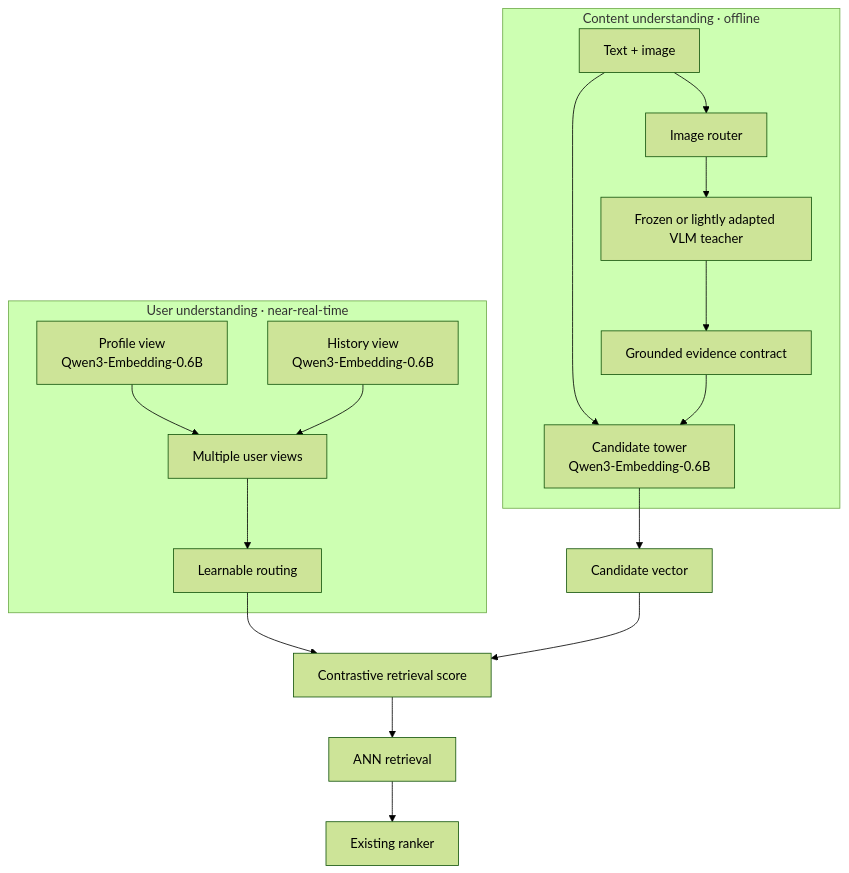
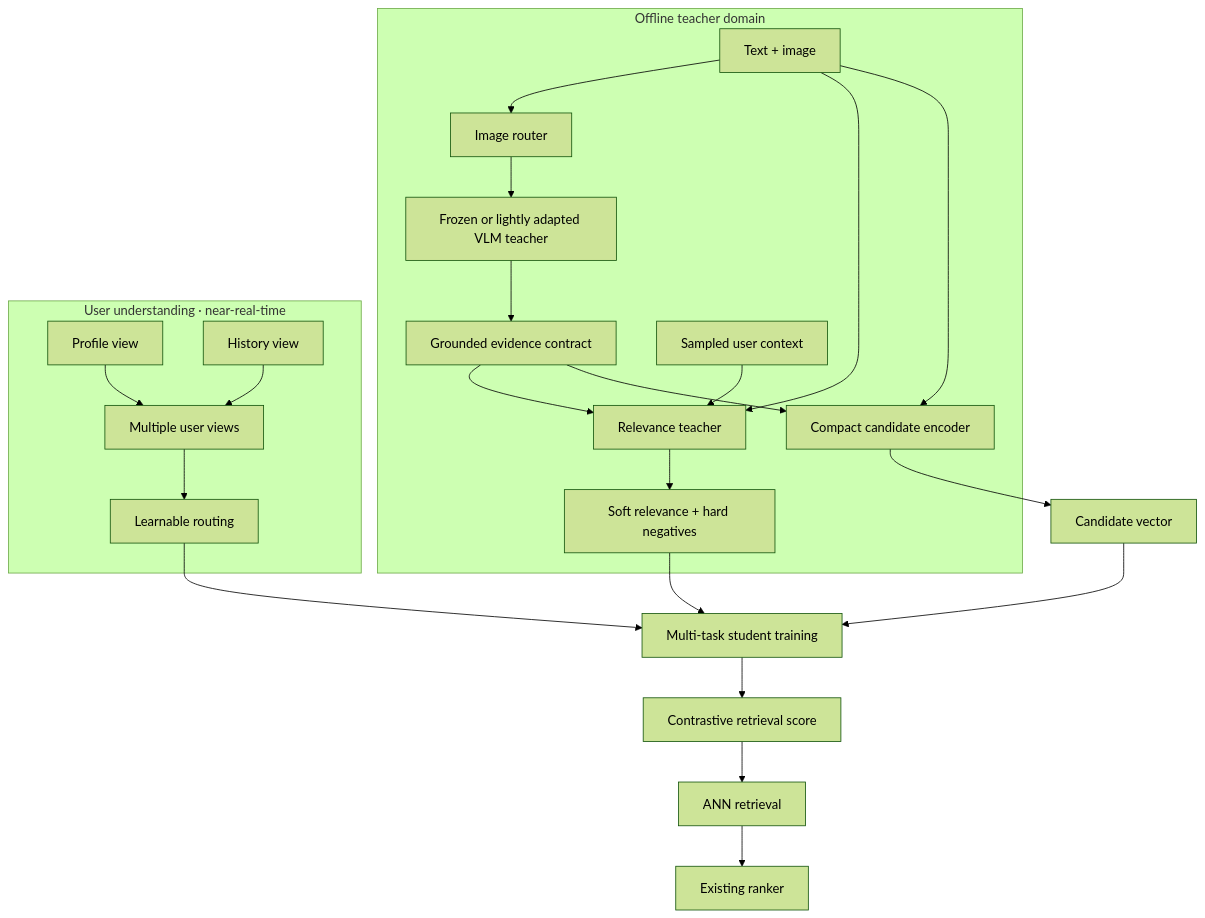
The second of 3 diagrams in practice/recommender-systems/noise-to-signal-retrieval.en.md (tianyi-zhang-02/cooking-agi), drawn with Mermaid (forest theme) before and after one commit. The commit also changed other lines of this file and 3 other files, not shown here.

````diff
--- a/practice/recommender-systems/noise-to-signal-retrieval.en.md
+++ b/practice/recommender-systems/noise-to-signal-retrieval.en.md
@@ -89,20 +109,26 @@
 ```mermaid
 flowchart TB
-    subgraph C["Content understanding · offline"]
+    subgraph C["Offline teacher domain"]
         A["Text + image"] --> B["Image router"]
         B --> C1["Frozen or lightly adapted VLM teacher"]
         C1 --> D["Grounded evidence contract"]
-        A --> E["Candidate tower<br/>Qwen3-Embedding-0.6B"]
+        U0["Sampled user context"] --> T["Relevance teacher"]
+        A --> T
+        D --> T
+        T --> S["Soft relevance + hard negatives"]
+        A --> E["Compact candidate encoder"]
         D --> E
     end
     subgraph U["User understanding · near-real-time"]
-        F["Profile view<br/>Qwen3-Embedding-0.6B"] --> H["Multiple user views"]
-        G["History view<br/>Qwen3-Embedding-0.6B"] --> H
+        F["Profile view"] --> H["Multiple user views"]
+        G["History view"] --> H
         H --> I["Learnable routing"]
     end
+    S --> R["Multi-task student training"]
     E --> J["Candidate vector"]
-    I --> K["Contrastive retrieval score"]
-    J --> K
+    I --> R
+    J --> R
+    R --> K["Contrastive retrieval score"]
     K --> L["ANN retrieval"]
     L --> M["Existing ranker"]
 ```
````
